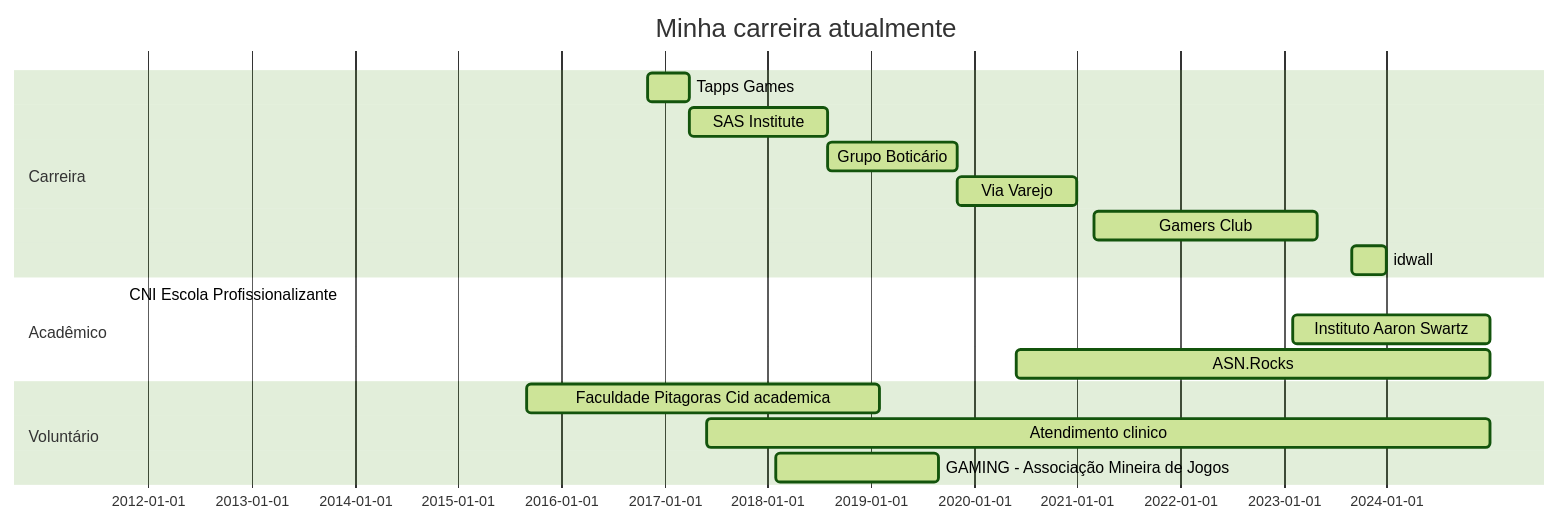
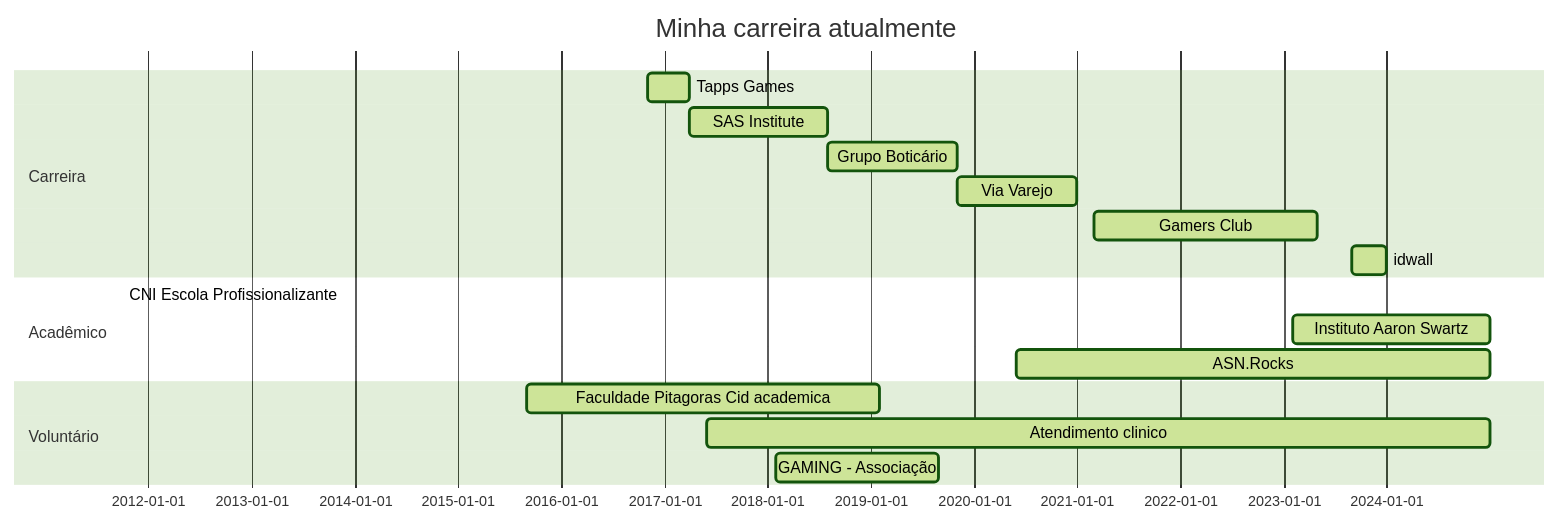
The diagram in README.md (Ridd1kulusC0d3r/Ridd1kulusC0d3r), drawn with Mermaid (forest theme) before and after one commit.

````diff
--- a/README.md
+++ b/README.md
@@ -9,24 +9,24 @@
 ```mermaid
 
 gantt
 dateFormat  YYYY-MM-DD
 title Minha carreira atualmente
 
 section Carreira
 Tapps Games           :active,, 2016-11-01,2017-04-01
 SAS Institute         :active,, 2017-04-01,2018-08-01
 Grupo Boticário       :active,, 2018-08-01,2019-11-01
 Via Varejo            :active,, 2019-11-01,2021-01-01
 Gamers Club           :active,, 2021-03-01,2023-05-01
 idwall                :active,, 2023-09-01,2023-12-31
 
 section Acadêmico
 CNI Escola Profissionalizante            :active,, 2011-10-01,2012-02-31
 Instituto Aaron Swartz :active,, 2023-02-01,2024-12-31
 ASN.Rocks              :active,, 2020-06-01,2024-12-31
 
 section Voluntário
 Faculdade Pitagoras Cid academica :active,, 2015-09-01,2019-01-31
 Atendimento clinico    :active,, 2017-06-01,2024-12-31
-GAMING - Associação Mineira de Jogos :active,, 2018-02-01,2019-08-31
+GAMING - Associação :active,, 2018-02-01,2019-08-31
 ```
````
